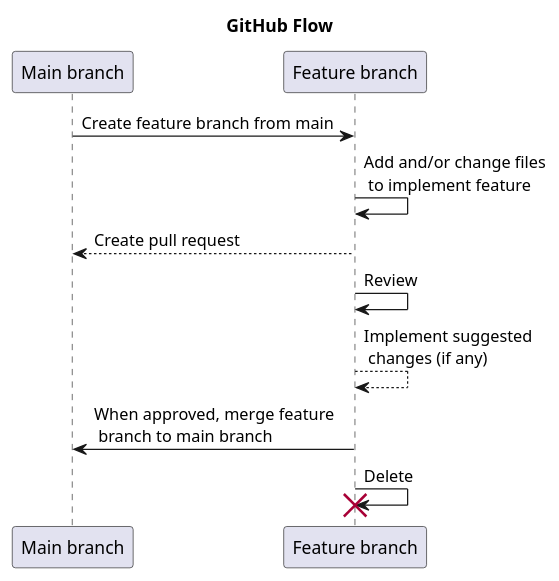
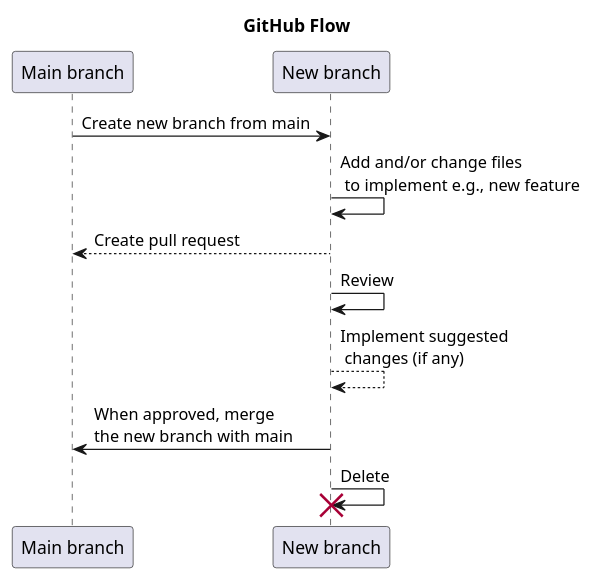
One commit to rostools/cog-flow-intro changed the diagram in github-flow.puml. Above: the diagram before and after it, drawn with PlantUML.

Commit message:
docs: feature branch -> new branch
To generalise beyond adding/enhancing a new feature

```diff
--- a/github-flow.puml
+++ b/github-flow.puml
@@ -1,12 +1,12 @@
-@startuml github_flow
+@startuml github-flow
 
 title GitHub Flow
-"Main branch" -> "Feature branch": Create feature branch from main
-"Feature branch" -> "Feature branch": Add and/or change files\n to implement feature
-"Feature branch" --> "Main branch": Create pull request
-"Feature branch" -> "Feature branch": Review
-"Feature branch" --> "Feature branch": Implement suggested\n changes (if any)
-"Feature branch" -> "Main branch": When approved, merge feature\n branch to main branch
-"Feature branch" -> "Feature branch" !! : Delete
+"Main branch" -> "New branch": Create new branch from main
+"New branch" -> "New branch": Add and/or change files\n to implement e.g., new feature
+"New branch" --> "Main branch": Create pull request
+"New branch" -> "New branch": Review
+"New branch" --> "New branch": Implement suggested\n changes (if any)
+"New branch" -> "Main branch": When approved, merge\nthe new branch with main
+"New branch" -> "New branch" !! : Delete
 
 @enduml
```
